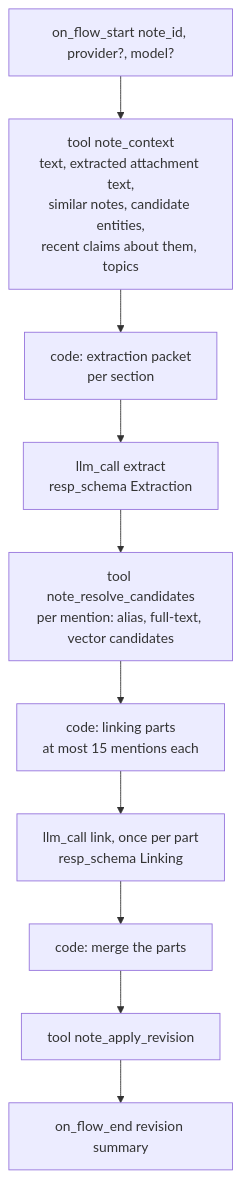
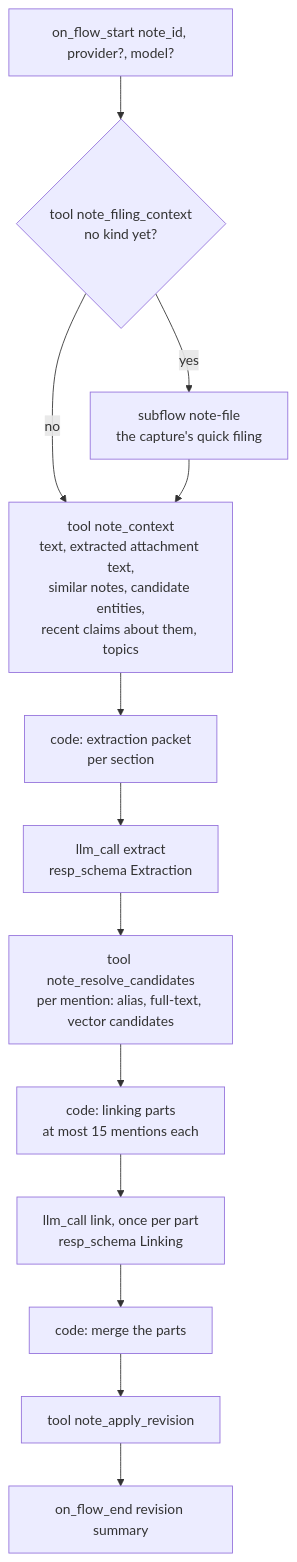
The second of 4 diagrams in docs/cognition.md (lpalbou/AbstractNote), drawn with Mermaid before and after one commit. The commit also changed other lines of this file and 43 other files, not shown here.

````diff
--- a/docs/cognition.md
+++ b/docs/cognition.md
@@ -73,12 +73,15 @@
 ```mermaid
 flowchart TD
-    S[on_flow_start note_id, provider?, model?] --> X[tool note_context<br/>text, extracted attachment text,<br/>similar notes, candidate entities,<br/>recent claims about them, topics]
+    S[on_flow_start note_id, provider?, model?] --> FN{tool note_filing_context<br/>no kind yet?}
+    FN -- yes --> NF[subflow note-file<br/>the capture's quick filing]
+    FN -- no --> X
+    NF --> X[tool note_context<br/>text, extracted attachment text,<br/>similar notes, candidate entities,<br/>recent claims about them, topics]
     X --> P1[code: extraction packet<br/>per section]
     P1 --> E[llm_call extract<br/>resp_schema Extraction]
     E --> R[tool note_resolve_candidates<br/>per mention: alias, full-text, vector candidates]
     R --> P2[code: linking parts<br/>at most 15 mentions each]
     P2 --> J[llm_call link, once per part<br/>resp_schema Linking]
     J --> M[code: merge the parts]
     M --> A[tool note_apply_revision]
     A --> Z[on_flow_end revision summary]
 ```
````
